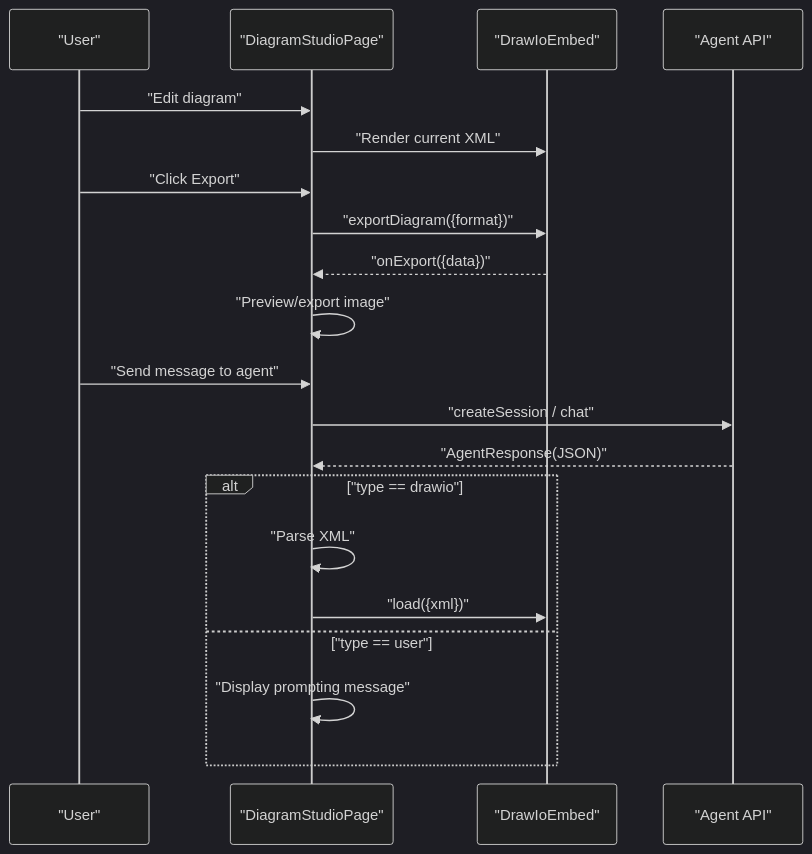
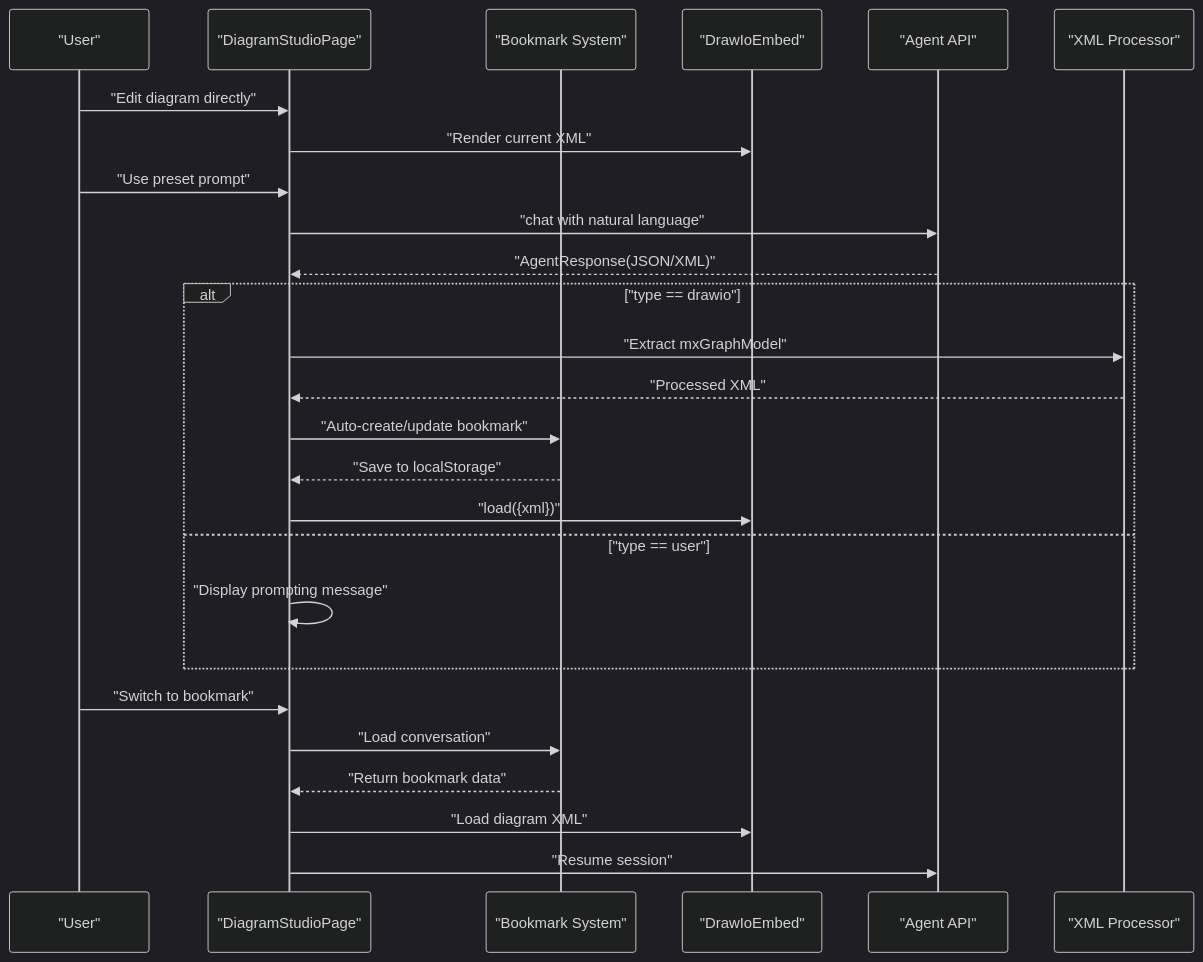
One commit to shrekboss/agent-draw-io-front changed the second of 15 diagrams in .qoder/repowiki/en/content/Diagram Editor.md. Above: the diagram before and after it, drawn with Mermaid (dark theme). The commit also changed other lines of this file and 13 other files, not shown here.

Commit message:
feat(agent-draw-io-front): 优化交互式画图

````diff
--- a/.qoder/repowiki/en/content/Diagram Editor.md
+++ b/.qoder/repowiki/en/content/Diagram Editor.md
@@ -103,22 +148,28 @@
 ```mermaid
 sequenceDiagram
 participant U as "User"
 participant P as "DiagramStudioPage"
+participant B as "Bookmark System"
 participant D as "DrawIoEmbed"
 participant A as "Agent API"
-U->>P : "Edit diagram"
+participant X as "XML Processor"
+U->>P : "Edit diagram directly"
 P->>D : "Render current XML"
-U->>P : "Click Export"
-P->>D : "exportDiagram({format})"
-D-->>P : "onExport({data})"
-P->>P : "Preview/export image"
-U->>P : "Send message to agent"
-P->>A : "createSession / chat"
-A-->>P : "AgentResponse(JSON)"
+U->>P : "Use preset prompt"
+P->>A : "chat with natural language"
+A-->>P : "AgentResponse(JSON/XML)"
 alt "type == drawio"
-P->>P : "Parse XML"
+P->>X : "Extract mxGraphModel"
+X-->>P : "Processed XML"
+P->>B : "Auto-create/update bookmark"
+B-->>P : "Save to localStorage"
 P->>D : "load({xml})"
 else "type == user"
 P->>P : "Display prompting message"
 end
+U->>P : "Switch to bookmark"
+P->>B : "Load conversation"
+B-->>P : "Return bookmark data"
+P->>D : "Load diagram XML"
+P->>A : "Resume session"
 ```
````
